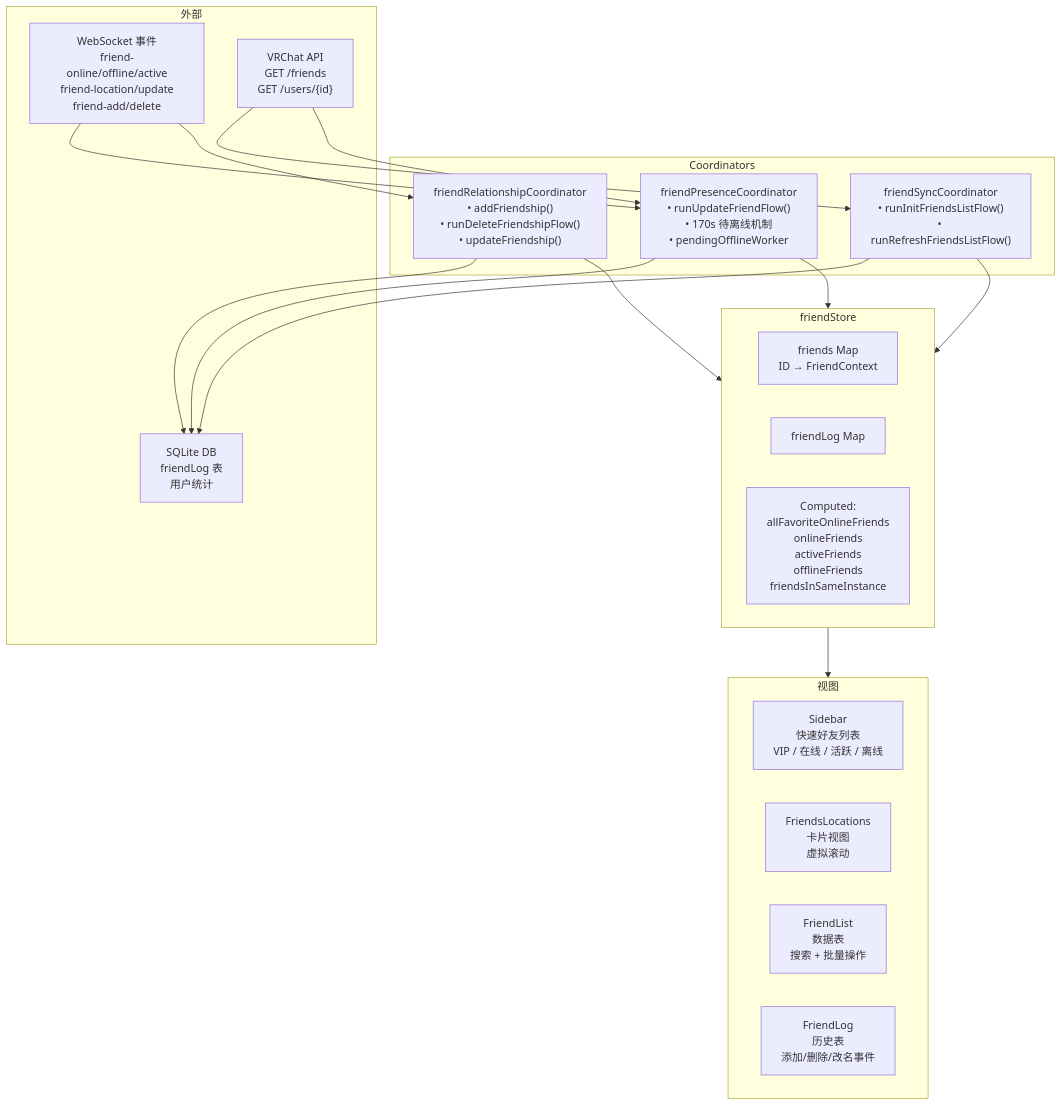
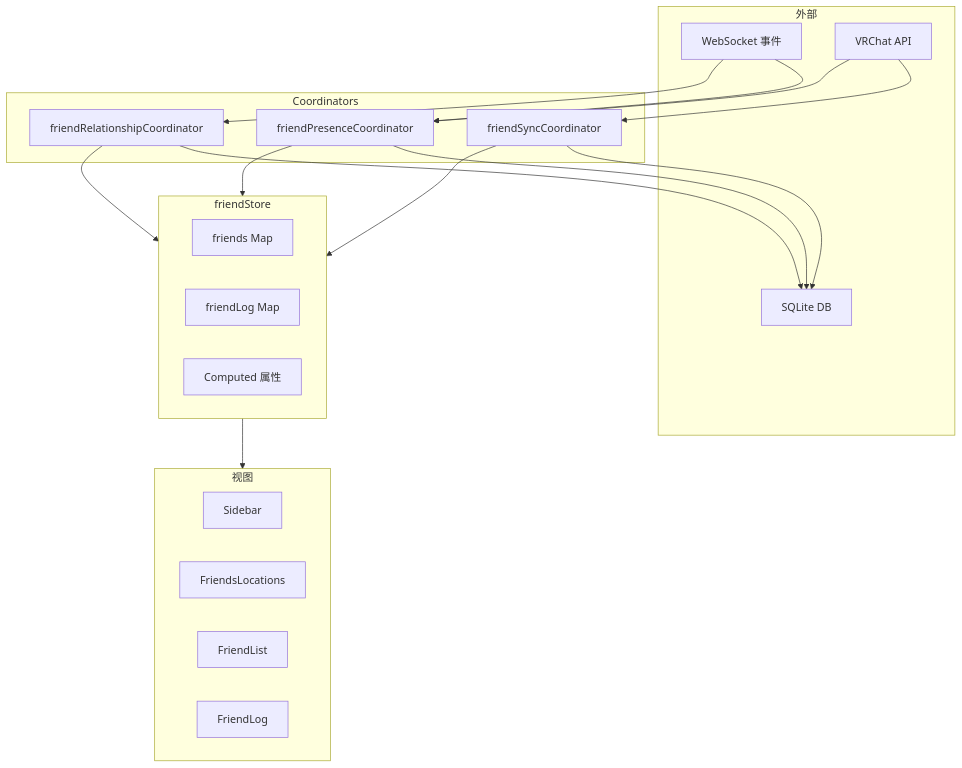
Before and after one commit to Map1en/vrcx-docs: the first of 2 diagrams in zh/modules/friend-system.md, drawn with Mermaid. The commit also changed other lines of this file and 16 other files, not shown here.

````diff
--- a/zh/modules/friend-system.md
+++ b/zh/modules/friend-system.md
@@ -7,39 +7,39 @@
 ```mermaid
 graph TD
-    subgraph Store["friendStore"]
-        friends["friends Map<br/>ID → FriendContext"]
-        friendLog["friendLog Map"]
-        computed["Computed:<br/>allFavoriteOnlineFriends<br/>onlineFriends<br/>activeFriends<br/>offlineFriends<br/>friendsInSameInstance"]
+    subgraph External["外部"]
+        ws["WebSocket 事件"]
+        api["VRChat API"]
+        db["SQLite DB"]
     end
 
     subgraph Coordinators
-        sync["friendSyncCoordinator<br/>• runInitFriendsListFlow()<br/>• runRefreshFriendsListFlow()"]
-        presence["friendPresenceCoordinator<br/>• runUpdateFriendFlow()<br/>• 170s 待离线机制<br/>• pendingOfflineWorker"]
-        relationship["friendRelationshipCoordinator<br/>• addFriendship()<br/>• runDeleteFriendshipFlow()<br/>• updateFriendship()"]
+        relationship["friendRelationshipCoordinator"]
+        presence["friendPresenceCoordinator"]
+        sync["friendSyncCoordinator"]
+    end
+
+    subgraph Store["friendStore"]
+        friends["friends Map"]
+        friendLog["friendLog Map"]
+        computed["Computed 属性"]
     end
 
     subgraph Views["视图"]
-        sidebar["Sidebar<br/>快速好友列表<br/>VIP / 在线 / 活跃 / 离线"]
-        locations["FriendsLocations<br/>卡片视图<br/>虚拟滚动"]
-        list["FriendList<br/>数据表<br/>搜索 + 批量操作"]
-        log["FriendLog<br/>历史表<br/>添加/删除/改名事件"]
-    end
-
-    subgraph External["外部"]
-        ws["WebSocket 事件<br/>friend-online/offline/active<br/>friend-location/update<br/>friend-add/delete"]
-        api["VRChat API<br/>GET /friends<br/>GET /users/{id}"]
-        db["SQLite DB<br/>friendLog 表<br/>用户统计"]
+        sidebar["Sidebar"]
+        locations["FriendsLocations"]
+        list["FriendList"]
+        log["FriendLog"]
     end
 
     ws --> presence
     ws --> relationship
     api --> sync
     api --> presence
     sync --> Store
     presence --> Store
     relationship --> Store
     Store --> Views
     relationship --> db
     presence --> db
     sync --> db
 ```
````
